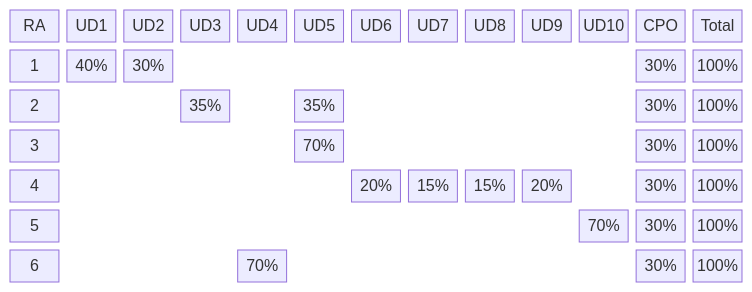
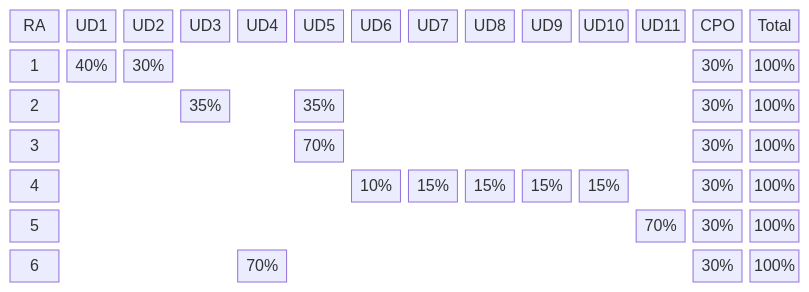
Before and after one commit to SMX-XL/.github: the diagram in profile/README.md, drawn with Mermaid. The commit also changed other lines of this file, not shown here.

Commit message:
Actualitzar la durada del mòdul i modificar la fórmula de qualificació, així com millorar la redacció sobre l'ús de la IA al README.md

````diff
--- a/profile/README.md
+++ b/profile/README.md
@@ -83,25 +83,25 @@
 ```mermaid
 block-beta
-    columns 13
+    columns 14
 
     %% Capçalera
-    RA["RA"] UD1["UD1"] UD2["UD2"] UD3["UD3"] UD4["UD4"] UD5["UD5"] UD6["UD6"] UD7["UD7"] UD8["UD8"] UD9["UD9"] UD10["UD10"] CPO["CPO"] Total["Total"]
+    RA["RA"] UD1["UD1"] UD2["UD2"] UD3["UD3"] UD4["UD4"] UD5["UD5"] UD6["UD6"] UD7["UD7"] UD8["UD8"] UD9["UD9"] UD10["UD10"] UD11["UD11"] CPO["CPO"] Total["Total"]
 
     %% Fila 1
-    r1["1"] r1_ud1["40%"] r1_ud2["30%"] space space space space space space space space r1_cpo["30%"] r1_tot["100%"]
+    r1["1"] r1_ud1["40%"] r1_ud2["30%"] space space space space space space space space space r1_cpo["30%"] r1_tot["100%"]
 
     %% Fila 2
-    r2["2"] space space r2_ud3["35%"] space r2_ud5["35%"] space space space space space r2_cpo["30%"] r2_tot["100%"]
+    r2["2"] space space r2_ud3["35%"] space r2_ud5["35%"] space space space space space space r2_cpo["30%"] r2_tot["100%"]
 
     %% Fila 3
-    r3["3"] space space space space r3_ud5["70%"] space space space space space r3_cpo["30%"] r3_tot["100%"]
+    r3["3"] space space space space r3_ud5["70%"] space space space space space space r3_cpo["30%"] r3_tot["100%"]
 
     %% Fila 4
-    r4["4"] space space space space space r4_ud6["20%"] r4_ud7["15%"] r4_ud8["15%"] r4_ud9["20%"] space r4_cpo["30%"] r4_tot["100%"]
+    r4["4"] space space space space space r4_ud6["10%"] r4_ud7["15%"] r4_ud8["15%"] r4_ud9["15%"] r4_ud10["15%"] space r4_cpo["30%"] r4_tot["100%"]
 
     %% Fila 5
-    r5["5"] space space space space space space space space space r5_ud10["70%"] r5_cpo["30%"] r5_tot["100%"]
+    r5["5"] space space space space space space space space space space r5_ud11["70%"] r5_cpo["30%"] r5_tot["100%"]
 
     %% Fila 6
-    r6["6"] space space space r6_ud4["70%"] space space space space space space r6_cpo["30%"] r6_tot["100%"]
+    r6["6"] space space space r6_ud4["70%"] space space space space space space space r6_cpo["30%"] r6_tot["100%"]
 ```
````
